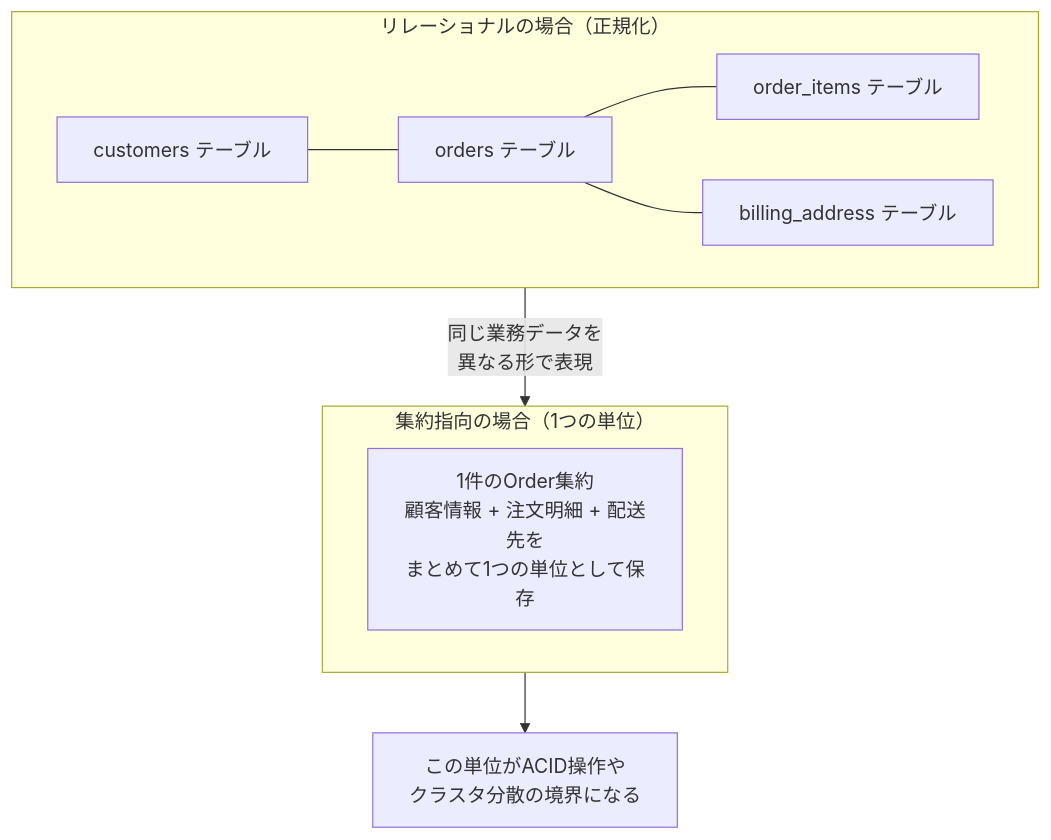
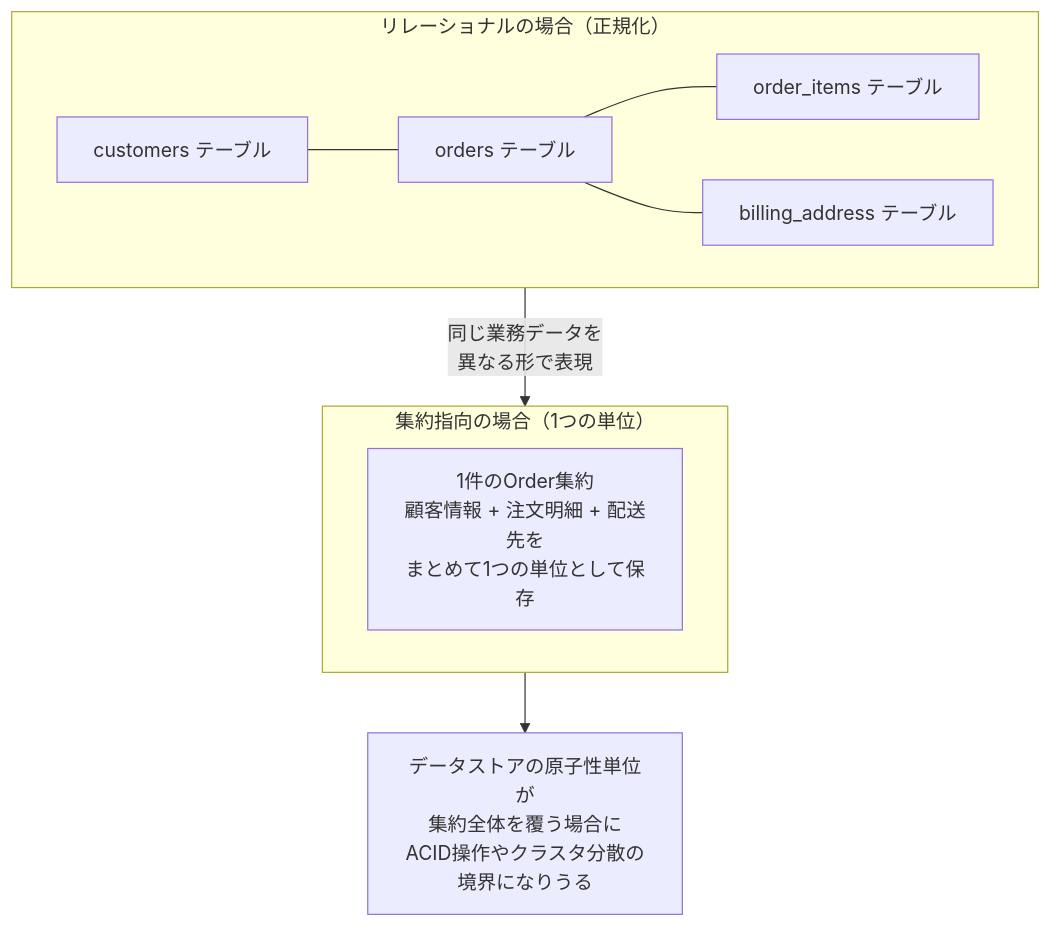
One commit to myoshi2891/Software-Design-and-Architecture changed the fifth of 16 diagrams in Nosql-distilled-guide.md. Above: the diagram before and after it, drawn with Mermaid. The commit also changed other lines of this file, not shown here.

````diff
--- a/Nosql-distilled-guide.md
+++ b/Nosql-distilled-guide.md
@@ -177,17 +177,17 @@
 ```mermaid
 flowchart TD
     subgraph REL["リレーショナルの場合（正規化）"]
         R1["customers テーブル"]
         R2["orders テーブル"]
         R3["order_items テーブル"]
         R4["billing_address テーブル"]
         R1 --- R2
         R2 --- R3
         R2 --- R4
     end
     subgraph AGG["集約指向の場合（1つの単位）"]
         A1["1件のOrder集約<br/>顧客情報 + 注文明細 + 配送先を<br/>まとめて1つの単位として保存"]
     end
     REL -->|"同じ業務データを<br/>異なる形で表現"| AGG
-    AGG --> Note["この単位がACID操作や<br/>クラスタ分散の境界になる"]
+    AGG --> Note["データストアの原子性単位が<br/>集約全体を覆う場合に<br/>ACID操作やクラスタ分散の境界になりうる"]
 ```
````
